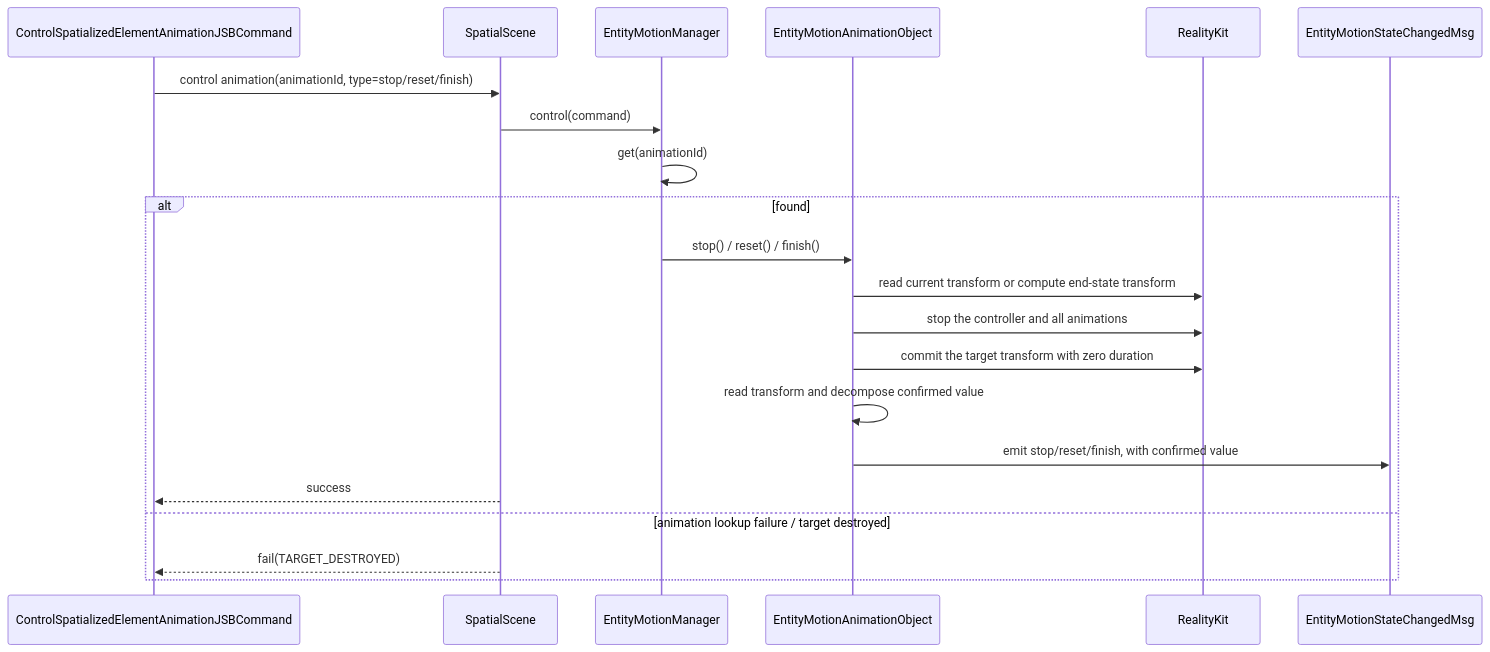
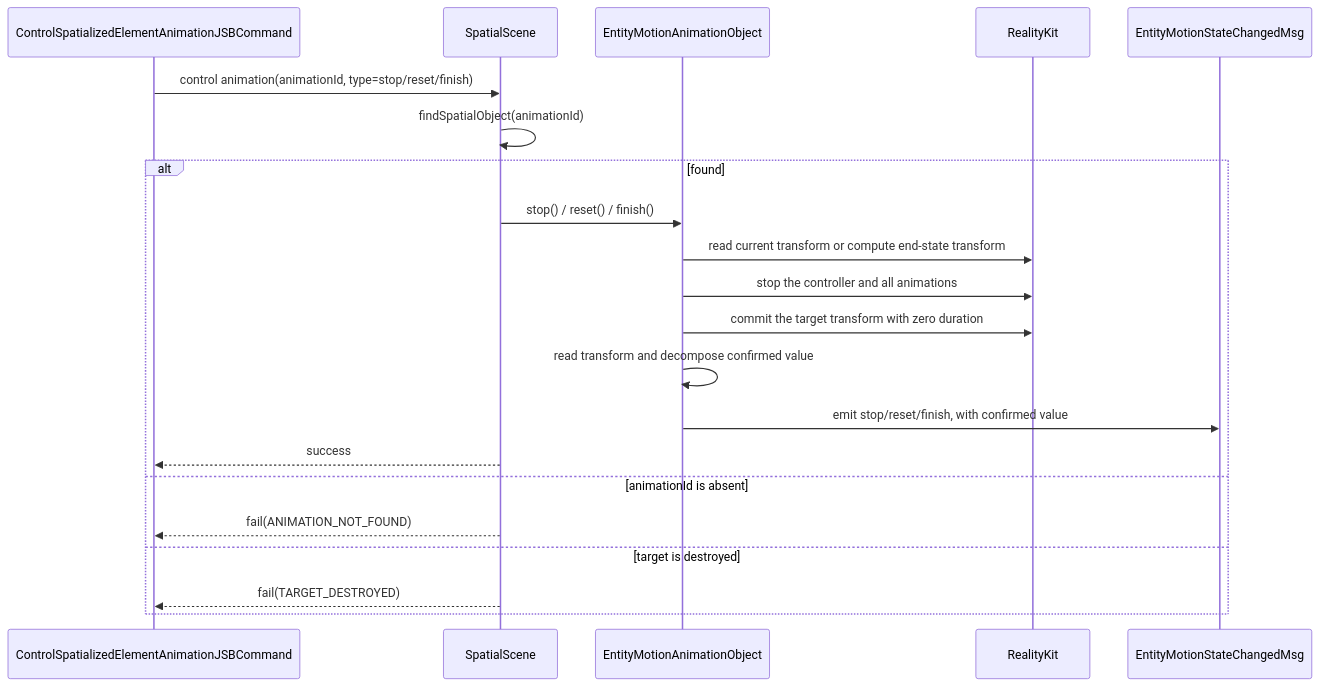
One commit to webspatial/webspatial-sdk changed diagram 13 of 14 in openspec/changes/redesign-entity-motion-api/design.md. Above: the diagram before and after it, drawn with Mermaid. The commit also changed other lines of this file and 1 other file, not shown here.

````diff
--- a/openspec/changes/redesign-entity-motion-api/design.md
+++ b/openspec/changes/redesign-entity-motion-api/design.md
@@ -985,24 +1076,24 @@
 ```mermaid
 sequenceDiagram
     participant JSB as ControlSpatializedElementAnimationJSBCommand
     participant Scene as SpatialScene
-    participant Manager as EntityMotionManager
     participant Obj as EntityMotionAnimationObject
     participant RK as RealityKit
     participant Event as EntityMotionStateChangedMsg
 
     JSB->>Scene: control animation(animationId, type=stop/reset/finish)
-    Scene->>Manager: control(command)
-    Manager->>Manager: get(animationId)
+    Scene->>Scene: findSpatialObject(animationId)
     alt found
-        Manager->>Obj: stop() / reset() / finish()
+        Scene->>Obj: stop() / reset() / finish()
         Obj->>RK: read current transform or compute end-state transform
         Obj->>RK: stop the controller and all animations
         Obj->>RK: commit the target transform with zero duration
         Obj->>Obj: read transform and decompose confirmed value
         Obj->>Event: emit stop/reset/finish, with confirmed value
         Scene-->>JSB: success
-    else animation lookup failure / target destroyed
+    else animationId is absent
+        Scene-->>JSB: fail(ANIMATION_NOT_FOUND)
+    else target is destroyed
         Scene-->>JSB: fail(TARGET_DESTROYED)
     end
 ```
````
